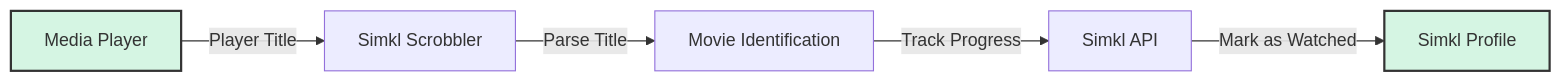
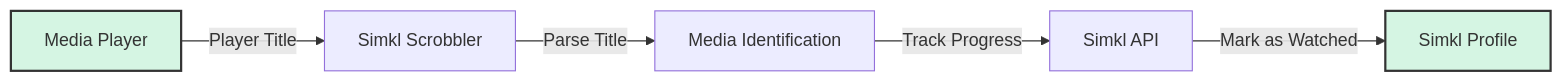
One commit to ByteTrix/Media-Player-Scrobbler-for-Simkl changed the diagram in README.md. Above: the diagram before and after it, drawn with Mermaid. The commit also changed other lines of this file, not shown here.

````diff
--- a/README.md
+++ b/README.md
@@ -45,10 +45,10 @@
 ```mermaid
 graph LR
     A[Media Player] -->|Player Title| B[Simkl Scrobbler]
-    B -->|Parse Title| C[Movie Identification]
+    B -->|Parse Title| C[Media Identification]
     C -->|Track Progress| D[Simkl API]
     D -->|Mark as Watched| E[Simkl Profile]
     
     style A fill:#d5f5e3,stroke:#333,stroke-width:2px
     style E fill:#d5f5e3,stroke:#333,stroke-width:2px
 ```
````
